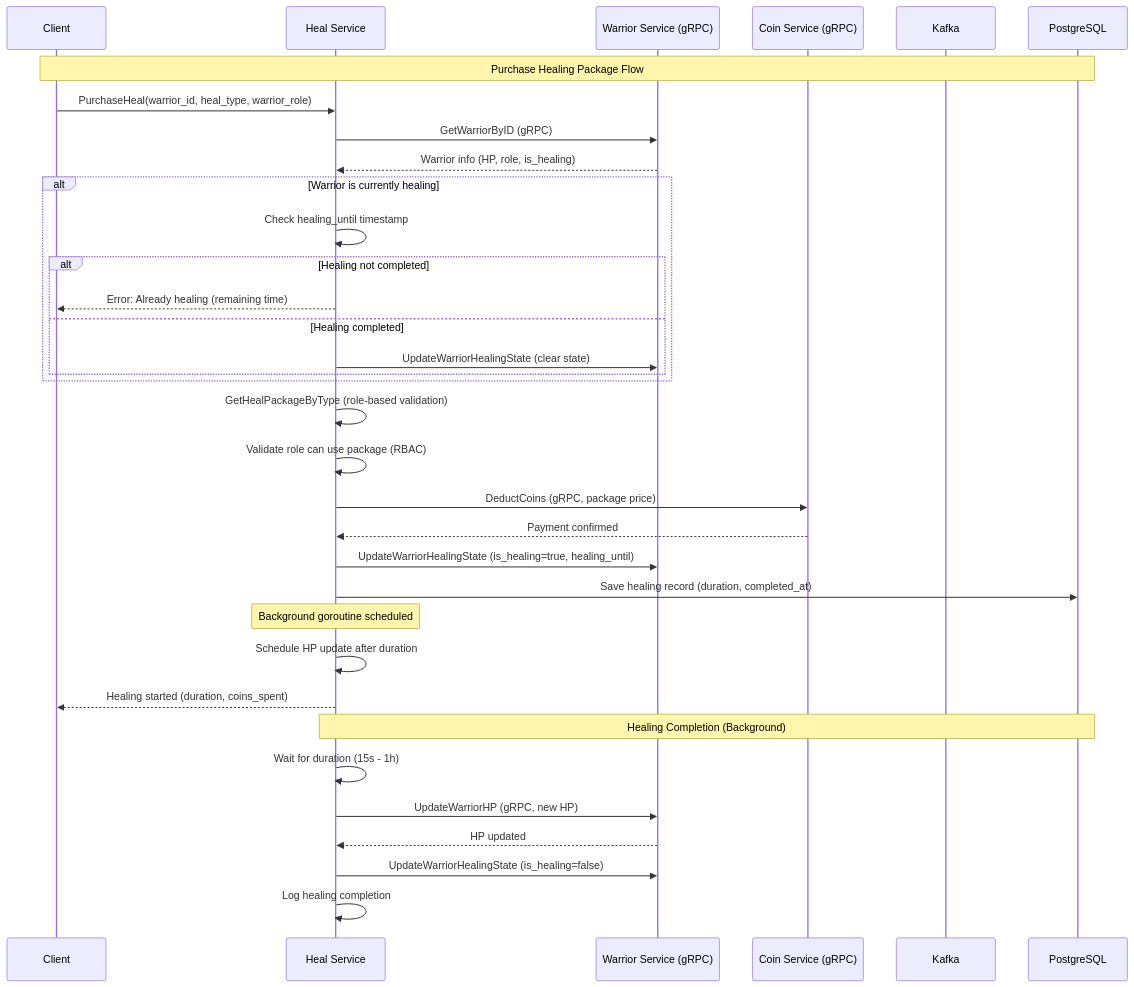
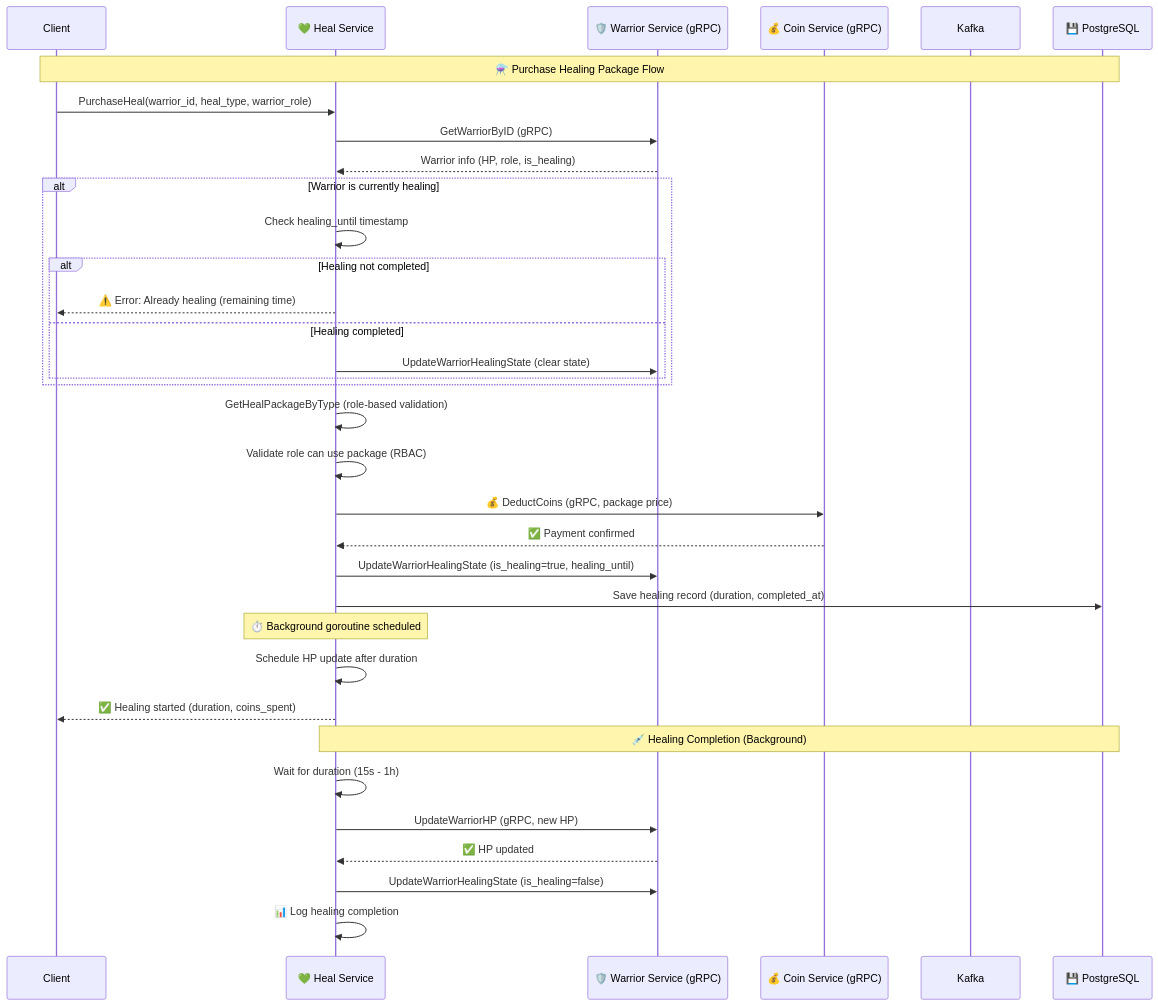
One commit to tiraten-bot/network-sec-micro changed diagram 23 of 33 in README.md. Above: the diagram before and after it, drawn with Mermaid. The commit also changed other lines of this file, not shown here.

Commit message:
Update README.md to enhance the Heal Service Workflow section with emoji annotations for better readability and clarity, including updates to service participant names and flow notes.

````diff
--- a/README.md
+++ b/README.md
@@ -1291,43 +1291,43 @@
 ```mermaid
 sequenceDiagram
     participant Client
-    participant Heal as Heal Service
-    participant Warrior as Warrior Service (gRPC)
-    participant Coin as Coin Service (gRPC)
+    participant Heal as 💚 Heal Service
+    participant Warrior as 🛡️ Warrior Service (gRPC)
+    participant Coin as 💰 Coin Service (gRPC)
     participant Kafka
-    participant PG as PostgreSQL
+    participant PG as 💾 PostgreSQL
 
-    Note over Client,PG: Purchase Healing Package Flow
+    Note over Client,PG: ⚗️ Purchase Healing Package Flow
     Client->>Heal: PurchaseHeal(warrior_id, heal_type, warrior_role)
     Heal->>Warrior: GetWarriorByID (gRPC)
     Warrior-->>Heal: Warrior info (HP, role, is_healing)
     
     alt Warrior is currently healing
         Heal->>Heal: Check healing_until timestamp
         alt Healing not completed
-            Heal-->>Client: Error: Already healing (remaining time)
+            Heal-->>Client: ⚠️ Error: Already healing (remaining time)
         else Healing completed
             Heal->>Warrior: UpdateWarriorHealingState (clear state)
         end
     end
     
     Heal->>Heal: GetHealPackageByType (role-based validation)
     Heal->>Heal: Validate role can use package (RBAC)
     
-    Heal->>Coin: DeductCoins (gRPC, package price)
-    Coin-->>Heal: Payment confirmed
+    Heal->>Coin: 💰 DeductCoins (gRPC, package price)
+    Coin-->>Heal: ✅ Payment confirmed
     
     Heal->>Warrior: UpdateWarriorHealingState (is_healing=true, healing_until)
     Heal->>PG: Save healing record (duration, completed_at)
     
-    Note over Heal: Background goroutine scheduled
+    Note over Heal: ⏱️ Background goroutine scheduled
     Heal->>Heal: Schedule HP update after duration
-    Heal-->>Client: Healing started (duration, coins_spent)
+    Heal-->>Client: ✅ Healing started (duration, coins_spent)
     
-    Note over Heal,PG: Healing Completion (Background)
+    Note over Heal,PG: 💉 Healing Completion (Background)
     Heal->>Heal: Wait for duration (15s - 1h)
     Heal->>Warrior: UpdateWarriorHP (gRPC, new HP)
-    Warrior-->>Heal: HP updated
+    Warrior-->>Heal: ✅ HP updated
     Heal->>Warrior: UpdateWarriorHealingState (is_healing=false)
-    Heal->>Heal: Log healing completion
+    Heal->>Heal: 📊 Log healing completion
 ```
````
